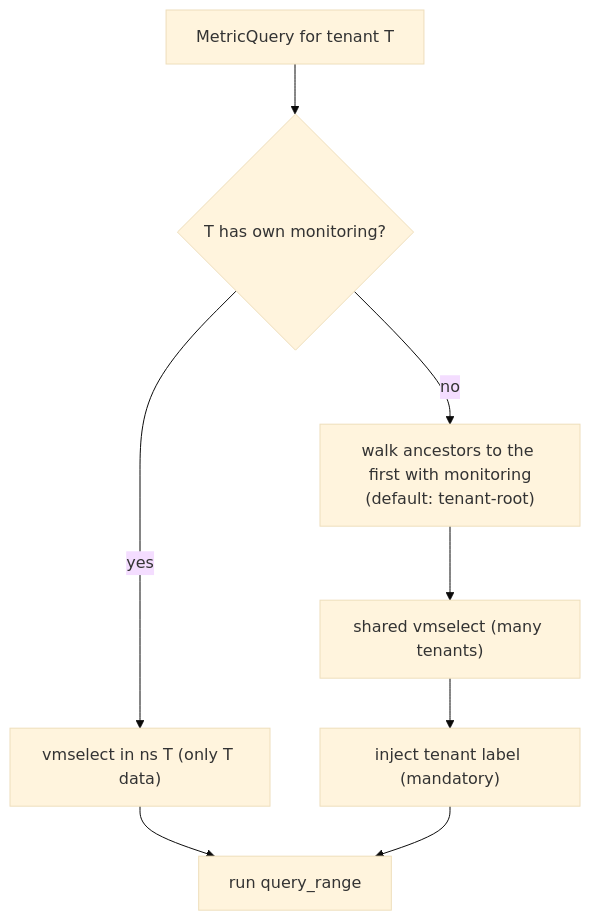
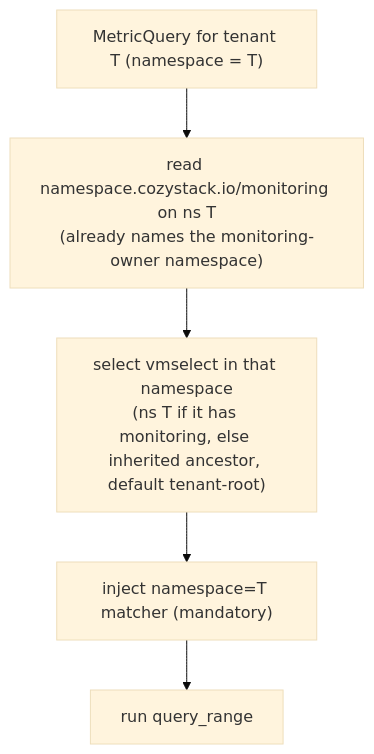
Before and after one commit to cozystack/community: the third of 3 diagrams in design-proposals/tenant-resource-metrics-api/README.md, drawn with Mermaid (base theme). The commit also changed other lines of this file, not shown here.

Commit message:
docs(tenant-resource-metrics-api): address review notes on authz, isolation, resolver
Align the prior-art sentence with the Design section: authorization uses the delegated-RBAC SubjectAccessReview model, not the tenantnamespaces any-binding walk. Name the Layer-2 isolation label (per-series namespace) and state the non-spoofable invariant explicitly. Simplify tenant resolution to read the inherited namespace.cozystack.io/monitoring label directly instead of walking ancestors.

````diff
--- a/design-proposals/tenant-resource-metrics-api/README.md
+++ b/design-proposals/tenant-resource-metrics-api/README.md
@@ -161,10 +161,7 @@
 ```mermaid
 flowchart TD
-  Q["MetricQuery for tenant T"] --> C{"T has own monitoring?"}
-  C -->|yes| OWN["vmselect in ns T (only T data)"]
-  C -->|no| P["walk ancestors to the first with monitoring<br/>(default: tenant-root)"]
-  P --> ROOT["shared vmselect (many tenants)"]
-  ROOT --> INJ["inject tenant label (mandatory)"]
-  OWN --> RUN["run query_range"]
-  INJ --> RUN
+  Q["MetricQuery for tenant T (namespace = T)"] --> L["read namespace.cozystack.io/monitoring on ns T<br/>(already names the monitoring-owner namespace)"]
+  L --> VSV["select vmselect in that namespace<br/>(ns T if it has monitoring, else inherited ancestor, default tenant-root)"]
+  VSV --> INJ["inject namespace=T matcher (mandatory)"]
+  INJ --> RUN["run query_range"]
 ```
````
